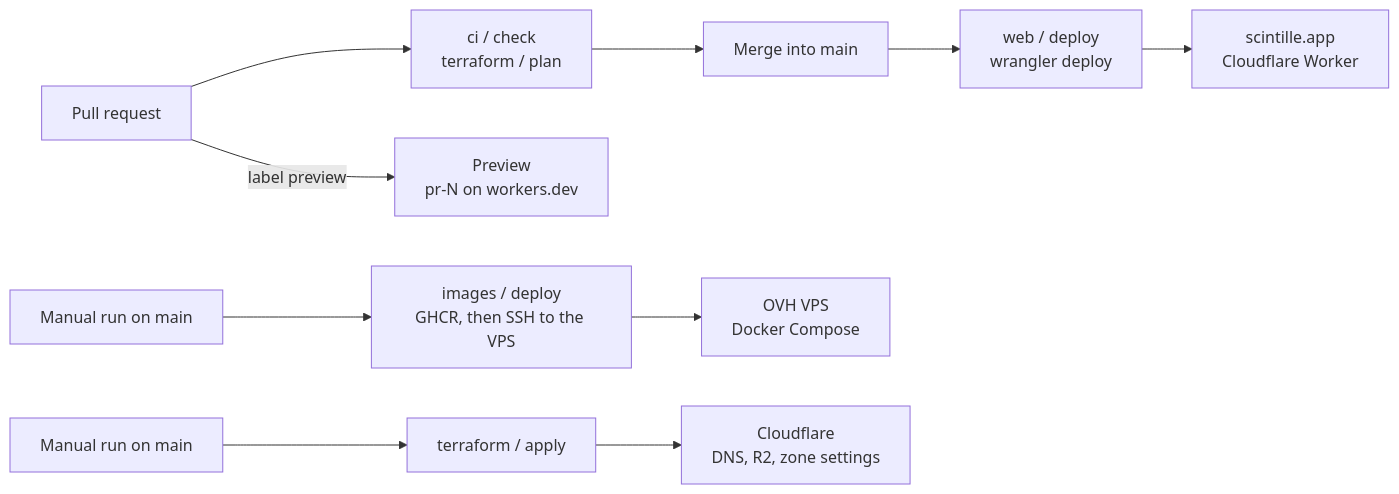
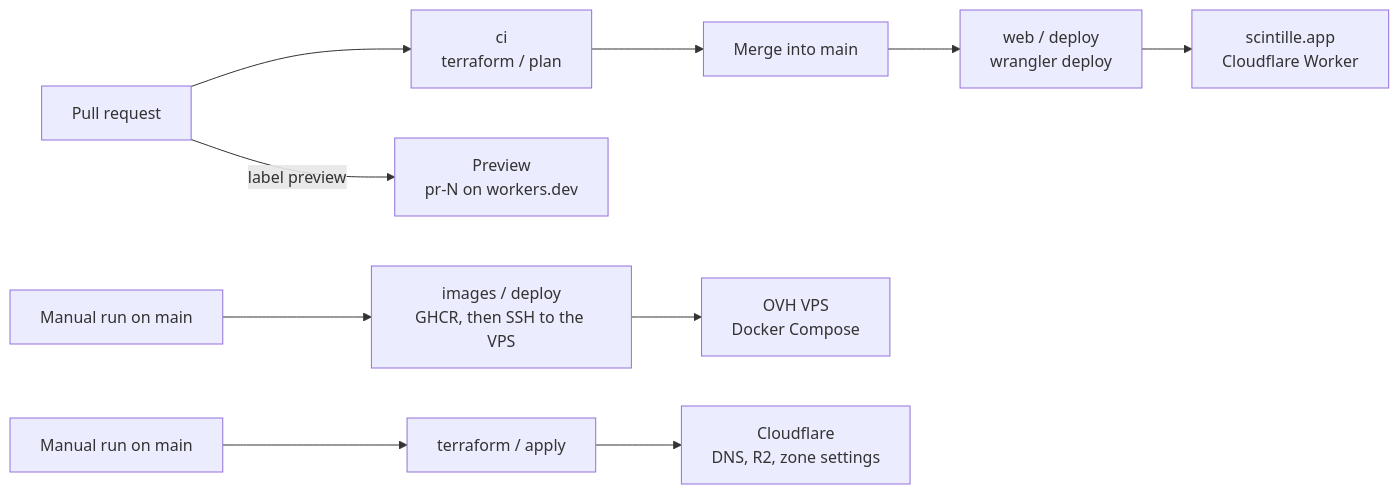
One commit to pierregc/scintille changed the diagram in docs/ci-cd.md. Above: the diagram before and after it, drawn with Mermaid. The commit also changed other lines of this file and 1 other file, not shown here.

Commit message:
ci: split the PR checks into parallel jobs per area

````diff
--- a/docs/ci-cd.md
+++ b/docs/ci-cd.md
@@ -21,12 +22,12 @@
 ```mermaid
 flowchart LR
-    pr["Pull request"] --> checks["ci / check<br/>terraform / plan"]
+    pr["Pull request"] --> checks["ci<br/>terraform / plan"]
     pr -- "label preview" --> preview["Preview<br/>pr-N on workers.dev"]
     checks --> merge["Merge into main"]
     merge --> webdeploy["web / deploy<br/>wrangler deploy"]
     manualimg["Manual run on main"] --> imgdeploy["images / deploy<br/>GHCR, then SSH to the VPS"]
     webdeploy --> site["scintille.app<br/>Cloudflare Worker"]
     imgdeploy --> vps["OVH VPS<br/>Docker Compose"]
     manual["Manual run on main"] --> tfapply["terraform / apply"]
     tfapply --> cf["Cloudflare<br/>DNS, R2, zone settings"]
 ```
````
